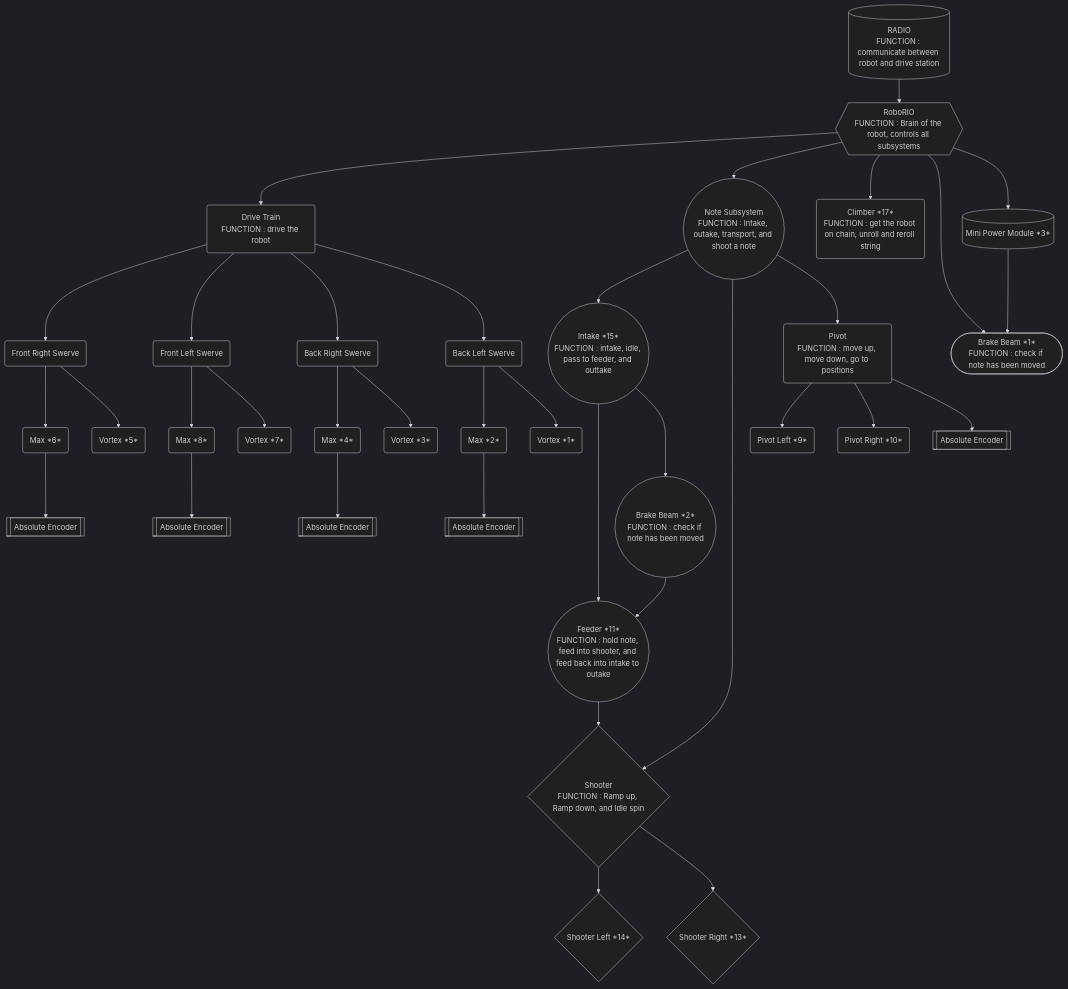
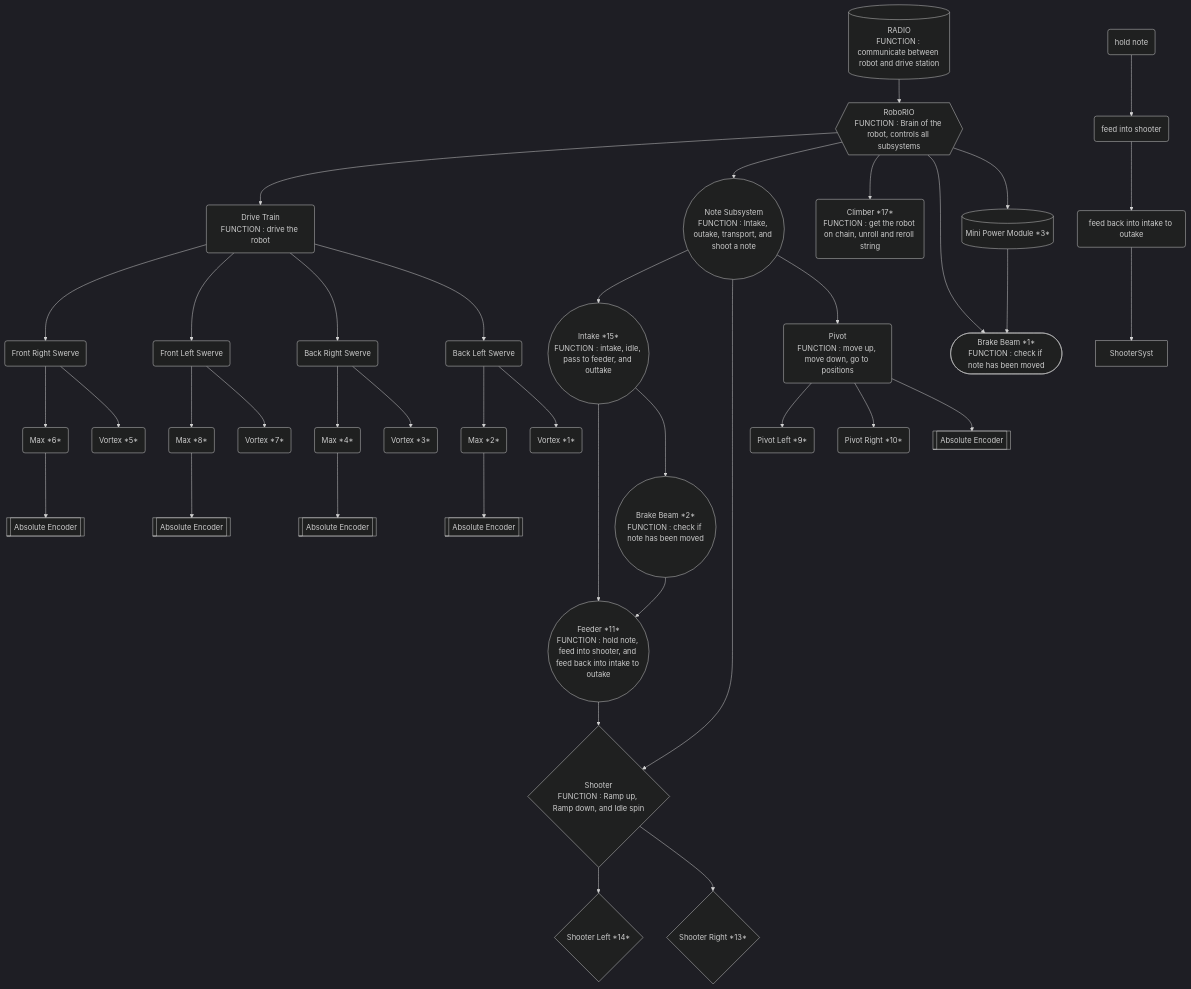
Before and after one commit to richardson-area-wide-robotics/Frc24-Crescendo-1745-OffSeason-AdvantageKit: the diagram in tony_graphs.md, drawn with Mermaid (dark theme).

````diff
--- a/tony_graphs.md
+++ b/tony_graphs.md
@@ -1,49 +1,51 @@
 ```mermaid
 graph TD;
     RoboRIO{{RoboRIO
 FUNCTION : Brain of the robot, controls all subsystems}}-->DriveTrain;
     DriveTrain(Drive Train
 FUNCTION : drive the robot );
     RoboRIO-->NoteSubsystem((Note Subsystem
 FUNCTION : Intake, outake, transport, and shoot a note));
     NoteSubsystem-->IntakeSystem((Intake *15*
 FUNCTION : intake, idle, pass to feeder, and outtake));
     NoteSubsystem-->ShooterSystem{Shooter
 FUNCTION : Ramp up, Ramp down, and Idle spin};
     ShooterSystem-->ShooterLeft{Shooter Left *14*};
     ShooterSystem-->ShooterRight{Shooter Right *13*};
     RoboRIO-->ClimberSystem(Climber *17*
 FUNCTION : get the robot on chain, unroll and reroll string);
     IntakeSystem-->FeederSystem((Feeder *11*
 FUNCTION : hold note, feed into shooter, and feed back into intake to outake))-->ShooterSystem;
     NoteSubsystem-->PivotSystem(Pivot
 FUNCTION : move up, move down, go to positions);
     PivotSystem-->PivotLeft(Pivot Left *9*);
     PivotSystem-->PivotRight(Pivot Right *10*);
     DriveTrain-->FrontRightSwerve(Front Right Swerve);
     DriveTrain-->FrontLeftSwerve(Front Left Swerve);
     DriveTrain-->BackRightSwerve(Back Right Swerve);
     DriveTrain-->BackLeftSwerve(Back Left Swerve);
     FrontRightSwerve-->MaxFR(Max *6*);
     FrontLeftSwerve-->MaxFL(Max *8*);
     BackRightSwerve-->MaxBR(Max *4*);
     BackLeftSwerve-->MaxBL(Max *2*);
     FrontRightSwerve-->VortexFR(Vortex *5*);
     FrontLeftSwerve-->VortexFL(Vortex *7*);
     BackRightSwerve-->VortexBR(Vortex *3*);
     BackLeftSwerve-->VortexBL(Vortex *1*);
     MaxFR-->EncoderFR[[Absolute Encoder]];
     MaxFL-->EncoderFL[[Absolute Encoder]];
     MaxBR-->EncoderBR[[Absolute Encoder]];
     MaxBL-->EncoderBL[[Absolute Encoder]];
     PivotSystem-->PivotEncoder[[Absolute Encoder]];
     IntakeSystem--->BrakeBeamNote((Brake Beam *2*
 FUNCTION : check if note has been moved))-->FeederSystem;
     RoboRIO-->ShooterBrakeBeam([Brake Beam *1*
 FUNCTION : check if note has been moved]);
     RoboRIO-->MiniPowerModule[(Mini Power Module *3*)]-->ShooterBrakeBeam;
     RADIO[(RADIO
 FUNCTION : communicate between robot and drive station)]-->RoboRIO;
-
+FUNCINTAKE1(hold note)-->FUNCINTAKE2;
+    FUNCINTAKE2(feed into shooter)-->FUNCINTAKE3;
+    FUNCINTAKE3(feed back into intake to outake)-->ShooterSyst
 
 ```
````
